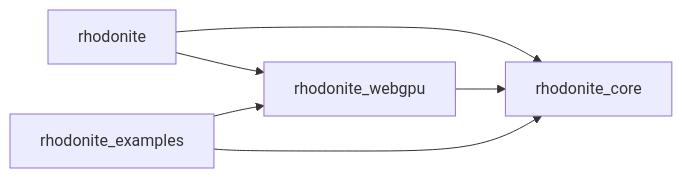
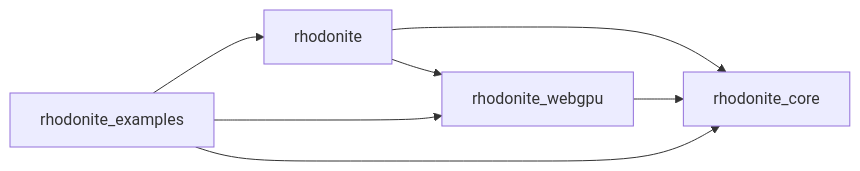
One commit to emadurandal/RhodoniteMBT changed the diagram in docs/module_boundaries.md. Above: the diagram before and after it, drawn with Mermaid. The commit also changed other lines of this file and 16 other files, not shown here.

First line of the commit message:
feat: Update Rhodonite architecture and documentation for Phase 3 runtime package

````diff
--- a/docs/module_boundaries.md
+++ b/docs/module_boundaries.md
@@ -27,12 +27,13 @@
 ```mermaid
 flowchart LR
   facade["rhodonite"]
   webgpu["rhodonite_webgpu"]
   core["rhodonite_core"]
   examples["rhodonite_examples"]
   facade --> webgpu
   facade --> core
+  examples --> facade
   webgpu --> core
   examples --> webgpu
   examples --> core
 ```
````
